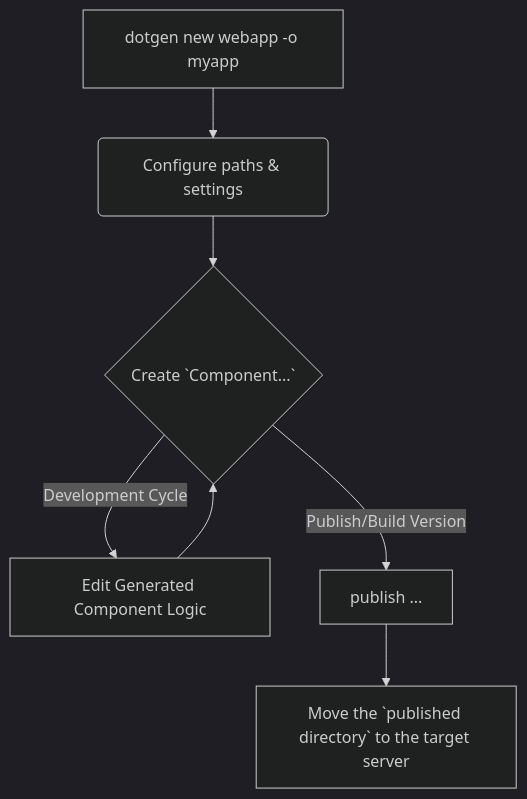
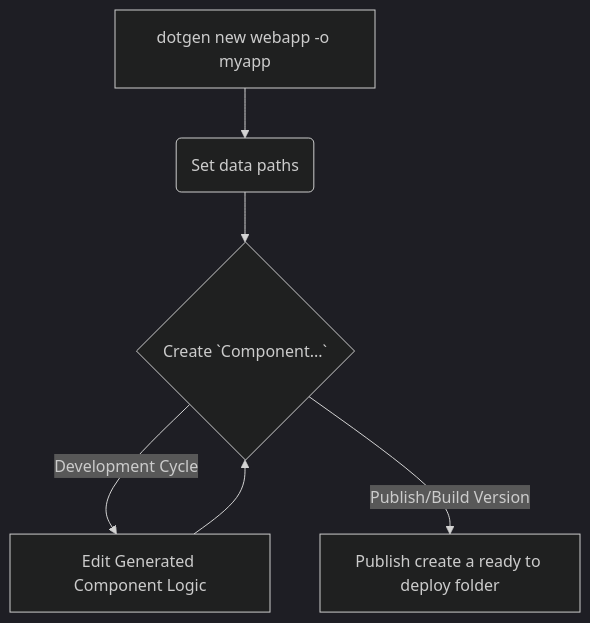
Before and after one commit to lfiorini/dothrb-public: the diagram in README.md, drawn with Mermaid (dark theme). The commit also changed other lines of this file, not shown here.

````diff
--- a/README.md
+++ b/README.md
@@ -29,9 +29,8 @@
 ```mermaid
 graph TD
     A[dotgen new webapp -o myapp]
-    --> B(Configure paths & settings);
+    --> B(Set data paths);
     B --> C{Create `Component...`};
     C --> |Development Cycle| D[Edit Generated Component Logic] --> C;
-    C --> |Publish/Build Version| E[publish ...]
-    E --> F[Move the `published directory` to the target server]
+    C --> |Publish/Build Version| E[Publish create a ready to deploy folder]
 ```
````
